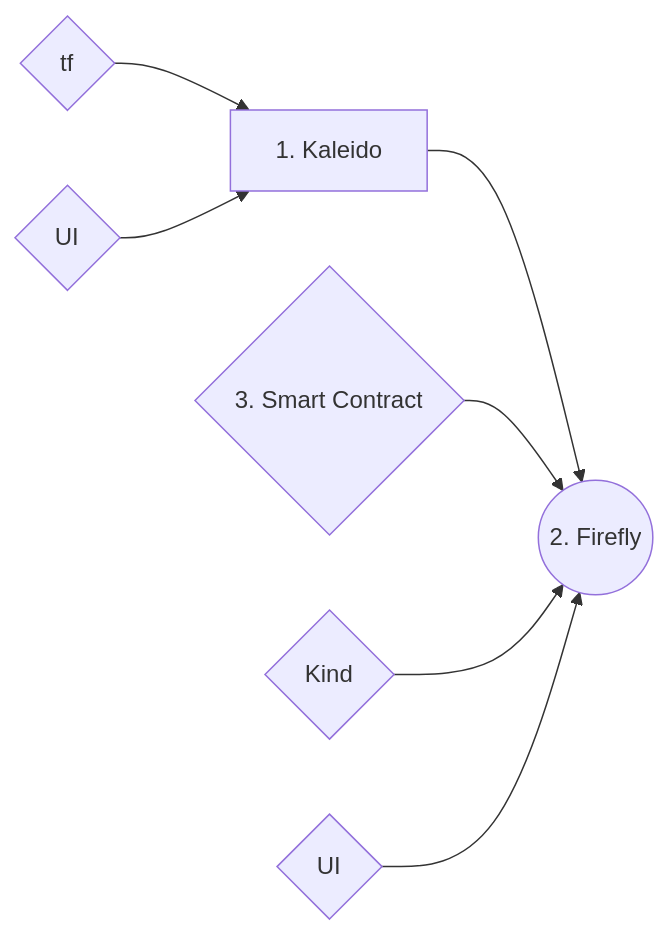
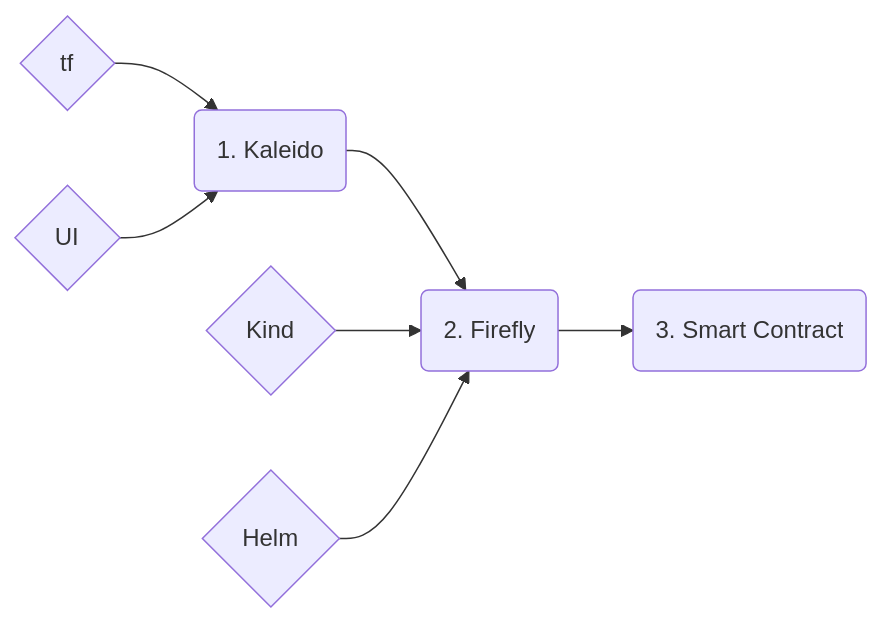
One commit to pururval/kaleido-project changed the diagram in README.md. Above: the diagram before and after it, drawn with Mermaid. The commit also changed other lines of this file, not shown here.

````diff
--- a/README.md
+++ b/README.md
@@ -4,9 +4,9 @@
 ```mermaid
 graph LR
-A[1. Kaleido] --> B((2. Firefly))
-C{3. Smart Contract} --> B
+A(1. Kaleido) --> B(2. Firefly)
+B --> C(3. Smart Contract) 
 E{tf} --> A
 F{UI} --> A
 G{Kind} --> B
-H{UI} --> B
+H{Helm} --> B
 ```
````
